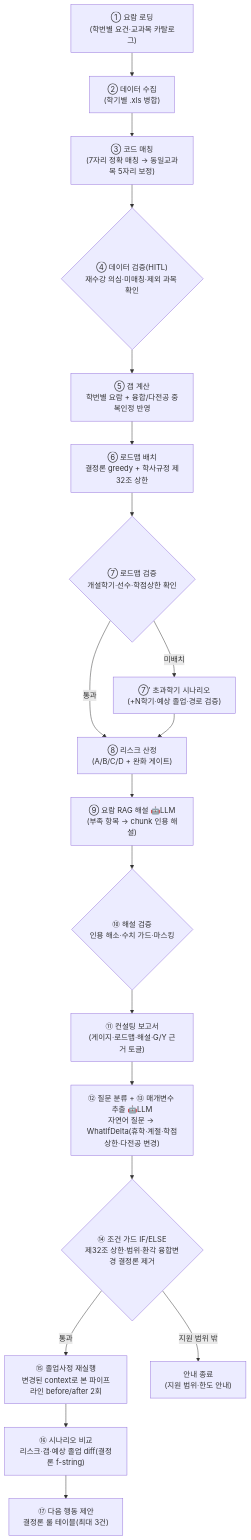
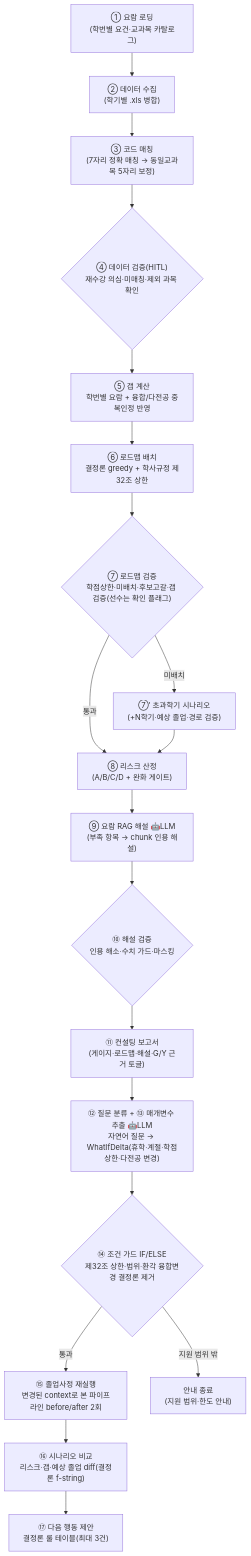
The diagram in docs/graduation_center_current_state.md (ChaeYeonKim0204/kmu-campus-life-action-agent), drawn with Mermaid before and after one commit. The commit also changed other lines of this file and 3 other files, not shown here.

````diff
--- a/docs/graduation_center_current_state.md
+++ b/docs/graduation_center_current_state.md
@@ -31,21 +31,21 @@
 ```mermaid
 flowchart TD
     A["① 요람 로딩<br/>(학번별 요건·교과목 카탈로그)"] --> B["② 데이터 수집<br/>(학기별 .xls 병합)"]
     B --> C["③ 코드 매칭<br/>(7자리 정확 매칭 → 동일교과목 5자리 보정)"]
     C --> D{"④ 데이터 검증(HITL)<br/>재수강 의심·미매칭·제외 과목 확인"}
     D --> E["⑤ 갭 계산<br/>학번별 요람 + 융합/다전공 중복인정 반영"]
     E --> F["⑥ 로드맵 배치<br/>결정론 greedy + 학사규정 제32조 상한"]
-    F --> G{"⑦ 로드맵 검증<br/>개설학기·선수·학점상한 확인"}
+    F --> G{"⑦ 로드맵 검증<br/>학점상한·미배치·후보고갈·갭 검증(선수는 확인 플래그)"}
     G -->|통과| H["⑧ 리스크 산정<br/>(A/B/C/D + 완화 게이트)"]
     G -->|미배치| OV["⑦′ 초과학기 시나리오<br/>(+N학기·예상 졸업·경로 검증)"] --> H
     H --> I["⑨ 요람 RAG 해설 🤖LLM<br/>(부족 항목 → chunk 인용 해설)"]
     I --> J{"⑩ 해설 검증<br/>인용 해소·수치 가드·마스킹"}
     J --> K["⑪ 컨설팅 보고서<br/>(게이지·로드맵·해설·G/Y 근거 토글)"]
 
     K --> W1["⑫ 질문 분류 + ⑬ 매개변수 추출 🤖LLM<br/>자연어 질문 → WhatIfDelta(휴학·계절·학점상한·다전공 변경)"]
     W1 --> W2{"⑭ 조건 가드 IF/ELSE<br/>제32조 상한·범위·환각 융합변경 결정론 제거"}
     W2 -->|통과| W3["⑮ 졸업사정 재실행<br/>변경된 context로 본 파이프라인 before/after 2회"]
     W2 -->|지원 범위 밖| WU["안내 종료<br/>(지원 범위·한도 안내)"]
     W3 --> W4["⑯ 시나리오 비교<br/>리스크·갭·예상 졸업 diff(결정론 f-string)"]
     W4 --> W5["⑰ 다음 행동 제안<br/>결정론 룰 테이블(최대 3건)"]
 ```
````
